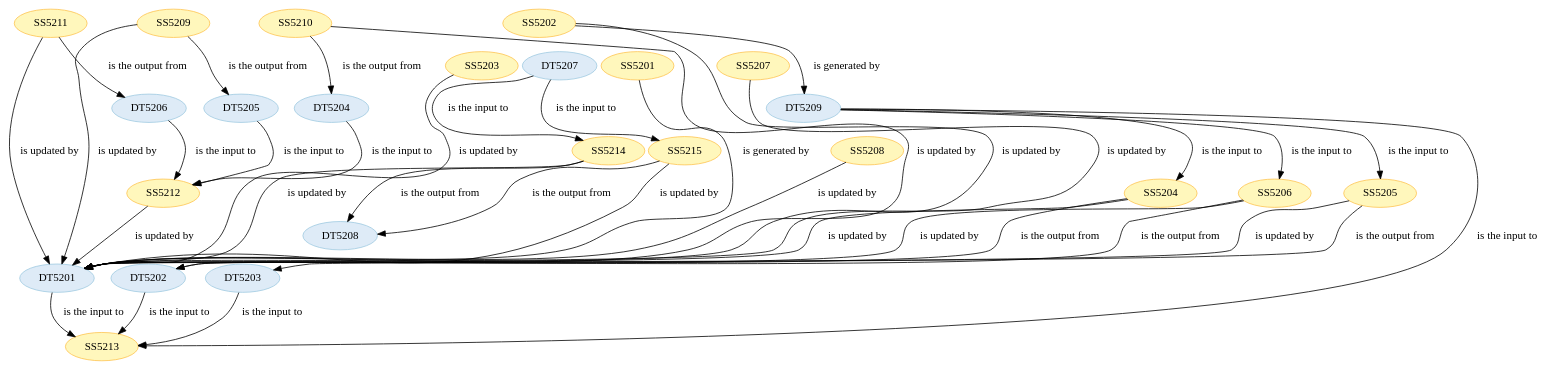
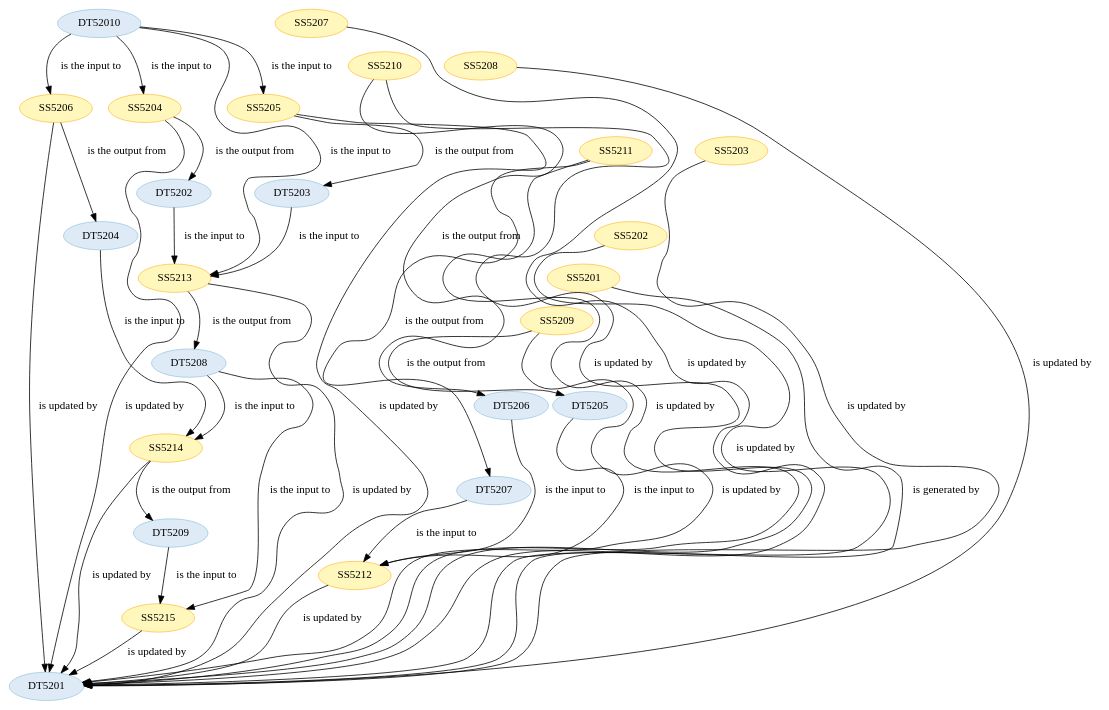
One commit to Marco-Salvi/cwl-test changed the diagram in wf5201/ST520101.dot. Above: the diagram before and after it, drawn with Graphviz. The commit also changed 24 other files, not shown here.

```diff
--- a/wf5201/ST520101.dot
+++ b/wf5201/ST520101.dot
@@ -1,122 +1,126 @@
 strict digraph {
 
+
+	"DT5204" [ color="2", colorscheme="blues3", fillcolor="1", style="filled",  weight=0 ];
+
+	"DT5204" -> "SS5214" [ label="is the input to", labeltooltip="DT5204 - is the input to - SS5214",  weight=0 ];
+
+	"SS5214" [ color="2", colorscheme="ylorbr3", fillcolor="1", style="filled",  weight=0 ];
+
+	"SS5214" -> "DT5201" [ label="is updated by", labeltooltip="DT5201 - is updated by - SS5214",  weight=0 ];
+
+	"SS5214" -> "DT5209" [ label="is the output from", labeltooltip="DT5209 - is the output from - SS5214",  weight=0 ];
+
+	"DT52010" [ color="2", colorscheme="blues3", fillcolor="1", style="filled",  weight=0 ];
+
+	"DT52010" -> "SS5204" [ label="is the input to", labeltooltip="DT52010 - is the input to - SS5204",  weight=0 ];
+
+	"DT52010" -> "SS5205" [ label="is the input to", labeltooltip="DT52010 - is the input to - SS5205",  weight=0 ];
+
+	"DT52010" -> "SS5206" [ label="is the input to", labeltooltip="DT52010 - is the input to - SS5206",  weight=0 ];
+
+	"DT52010" -> "SS5213" [ label="is the input to", labeltooltip="DT52010 - is the input to - SS5213",  weight=0 ];
+
+	"DT5206" [ color="2", colorscheme="blues3", fillcolor="1", style="filled",  weight=0 ];
+
+	"DT5206" -> "SS5212" [ label="is the input to", labeltooltip="DT5206 - is the input to - SS5212",  weight=0 ];
+
+	"DT5201" [ color="2", colorscheme="blues3", fillcolor="1", style="filled",  weight=0 ];
+
+	"DT5207" [ color="2", colorscheme="blues3", fillcolor="1", style="filled",  weight=0 ];
+
+	"DT5207" -> "SS5212" [ label="is the input to", labeltooltip="DT5207 - is the input to - SS5212",  weight=0 ];
+
+	"SS5207" [ color="2", colorscheme="ylorbr3", fillcolor="1", style="filled",  weight=0 ];
+
+	"SS5207" -> "DT5201" [ label="is updated by", labeltooltip="DT5201 - is updated by - SS5207",  weight=0 ];
+
+	"SS5213" [ color="2", colorscheme="ylorbr3", fillcolor="1", style="filled",  weight=0 ];
+
+	"SS5213" -> "DT5208" [ label="is the output from", labeltooltip="DT5208 - is the output from - SS5213",  weight=0 ];
+
+	"SS5213" -> "DT5201" [ label="is updated by", labeltooltip="DT5201 - is updated by - SS5213",  weight=0 ];
+
+	"SS5208" [ color="2", colorscheme="ylorbr3", fillcolor="1", style="filled",  weight=0 ];
+
+	"SS5208" -> "DT5201" [ label="is updated by", labeltooltip="DT5201 - is updated by - SS5208",  weight=0 ];
+
+	"SS5215" [ color="2", colorscheme="ylorbr3", fillcolor="1", style="filled",  weight=0 ];
+
+	"SS5215" -> "DT5201" [ label="is updated by", labeltooltip="DT5201 - is updated by - SS5215",  weight=0 ];
+
+	"SS5205" [ color="2", colorscheme="ylorbr3", fillcolor="1", style="filled",  weight=0 ];
+
+	"SS5205" -> "DT5203" [ label="is the output from", labeltooltip="DT5203 - is the output from - SS5205",  weight=0 ];
+
+	"SS5205" -> "DT5201" [ label="is updated by", labeltooltip="DT5201 - is updated by - SS5205",  weight=0 ];
+
+	"SS5206" [ color="2", colorscheme="ylorbr3", fillcolor="1", style="filled",  weight=0 ];
+
+	"SS5206" -> "DT5204" [ label="is the output from", labeltooltip="DT5204 - is the output from - SS5206",  weight=0 ];
+
+	"SS5206" -> "DT5201" [ label="is updated by", labeltooltip="DT5201 - is updated by - SS5206",  weight=0 ];
+
+	"DT5209" [ color="2", colorscheme="blues3", fillcolor="1", style="filled",  weight=0 ];
+
+	"DT5209" -> "SS5215" [ label="is the input to", labeltooltip="DT5209 - is the input to - SS5215",  weight=0 ];
+
+	"SS5204" [ color="2", colorscheme="ylorbr3", fillcolor="1", style="filled",  weight=0 ];
+
+	"SS5204" -> "DT5202" [ label="is the output from", labeltooltip="DT5202 - is the output from - SS5204",  weight=0 ];
+
+	"SS5204" -> "DT5201" [ label="is updated by", labeltooltip="DT5201 - is updated by - SS5204",  weight=0 ];
+
+	"SS5203" [ color="2", colorscheme="ylorbr3", fillcolor="1", style="filled",  weight=0 ];
+
+	"SS5203" -> "DT5201" [ label="is updated by", labeltooltip="DT5201 - is updated by - SS5203",  weight=0 ];
 
 	"SS5202" [ color="2", colorscheme="ylorbr3", fillcolor="1", style="filled",  weight=0 ];
 
 	"SS5202" -> "DT5201" [ label="is updated by", labeltooltip="DT5201 - is updated by - SS5202",  weight=0 ];
 
-	"SS5202" -> "DT5209" [ label="is generated by", labeltooltip="DT5209 - is generated by - SS5202",  weight=0 ];
+	"SS5212" [ color="2", colorscheme="ylorbr3", fillcolor="1", style="filled",  weight=0 ];
 
-	"SS5206" [ color="2", colorscheme="ylorbr3", fillcolor="1", style="filled",  weight=0 ];
+	"SS5212" -> "DT5201" [ label="is updated by", labeltooltip="DT5201 - is updated by - SS5212",  weight=0 ];
 
-	"SS5206" -> "DT5201" [ label="is updated by", labeltooltip="DT5201 - is updated by - SS5206",  weight=0 ];
+	"DT5203" [ color="2", colorscheme="blues3", fillcolor="1", style="filled",  weight=0 ];
 
-	"SS5206" -> "DT5202" [ label="is the output from", labeltooltip="DT5202 - is the output from - SS5206",  weight=0 ];
+	"DT5203" -> "SS5213" [ label="is the input to", labeltooltip="DT5203 - is the input to - SS5213",  weight=0 ];
 
-	"DT5201" [ color="2", colorscheme="blues3", fillcolor="1", style="filled",  weight=0 ];
+	"DT5205" [ color="2", colorscheme="blues3", fillcolor="1", style="filled",  weight=0 ];
 
-	"DT5201" -> "SS5213" [ label="is the input to", labeltooltip="DT5201 - is the input to - SS5213",  weight=0 ];
-
-	"SS5210" [ color="2", colorscheme="ylorbr3", fillcolor="1", style="filled",  weight=0 ];
-
-	"SS5210" -> "DT5204" [ label="is the output from", labeltooltip="DT5204 - is the output from - SS5210",  weight=0 ];
-
-	"SS5210" -> "DT5201" [ label="is updated by", labeltooltip="DT5201 - is updated by - SS5210",  weight=0 ];
-
-	"SS5211" [ color="2", colorscheme="ylorbr3", fillcolor="1", style="filled",  weight=0 ];
-
-	"SS5211" -> "DT5201" [ label="is updated by", labeltooltip="DT5201 - is updated by - SS5211",  weight=0 ];
-
-	"SS5211" -> "DT5206" [ label="is the output from", labeltooltip="DT5206 - is the output from - SS5211",  weight=0 ];
-
-	"DT5204" [ color="2", colorscheme="blues3", fillcolor="1", style="filled",  weight=0 ];
-
-	"DT5204" -> "SS5212" [ label="is the input to", labeltooltip="DT5204 - is the input to - SS5212",  weight=0 ];
-
-	"SS5208" [ color="2", colorscheme="ylorbr3", fillcolor="1", style="filled",  weight=0 ];
-
-	"SS5208" -> "DT5201" [ label="is updated by", labeltooltip="DT5201 - is updated by - SS5208",  weight=0 ];
-
-	"DT5207" [ color="2", colorscheme="blues3", fillcolor="1", style="filled",  weight=0 ];
-
-	"DT5207" -> "SS5215" [ label="is the input to", labeltooltip="DT5207 - is the input to - SS5215",  weight=0 ];
-
-	"DT5207" -> "SS5214" [ label="is the input to", labeltooltip="DT5207 - is the input to - SS5214",  weight=0 ];
-
-	"SS5203" [ color="2", colorscheme="ylorbr3", fillcolor="1", style="filled",  weight=0 ];
-
-	"SS5203" -> "DT5201" [ label="is updated by", labeltooltip="DT5201 - is updated by - SS5203",  weight=0 ];
-
-	"DT5202" [ color="2", colorscheme="blues3", fillcolor="1", style="filled",  weight=0 ];
-
-	"DT5202" -> "SS5213" [ label="is the input to", labeltooltip="DT5202 - is the input to - SS5213",  weight=0 ];
-
-	"DT5208" [ color="2", colorscheme="blues3", fillcolor="1", style="filled",  weight=0 ];
+	"DT5205" -> "SS5212" [ label="is the input to", labeltooltip="DT5205 - is the input to - SS5212",  weight=0 ];
 
 	"SS5201" [ color="2", colorscheme="ylorbr3", fillcolor="1", style="filled",  weight=0 ];
 
 	"SS5201" -> "DT5201" [ label="is generated by", labeltooltip="DT5201 - is generated by - SS5201",  weight=0 ];
+
+	"DT5208" [ color="2", colorscheme="blues3", fillcolor="1", style="filled",  weight=0 ];
+
+	"DT5208" -> "SS5214" [ label="is the input to", labeltooltip="DT5208 - is the input to - SS5214",  weight=0 ];
+
+	"DT5208" -> "SS5215" [ label="is the input to", labeltooltip="DT5208 - is the input to - SS5215",  weight=0 ];
+
+	"SS5210" [ color="2", colorscheme="ylorbr3", fillcolor="1", style="filled",  weight=0 ];
+
+	"SS5210" -> "DT5201" [ label="is updated by", labeltooltip="DT5201 - is updated by - SS5210",  weight=0 ];
+
+	"SS5210" -> "DT5206" [ label="is the output from", labeltooltip="DT5206 - is the output from - SS5210",  weight=0 ];
 
 	"SS5209" [ color="2", colorscheme="ylorbr3", fillcolor="1", style="filled",  weight=0 ];
 
 	"SS5209" -> "DT5201" [ label="is updated by", labeltooltip="DT5201 - is updated by - SS5209",  weight=0 ];
 
 	"SS5209" -> "DT5205" [ label="is the output from", labeltooltip="DT5205 - is the output from - SS5209",  weight=0 ];
 
-	"SS5213" [ color="2", colorscheme="ylorbr3", fillcolor="1", style="filled",  weight=0 ];
+	"SS5211" [ color="2", colorscheme="ylorbr3", fillcolor="1", style="filled",  weight=0 ];
 
-	"DT5206" [ color="2", colorscheme="blues3", fillcolor="1", style="filled",  weight=0 ];
+	"SS5211" -> "DT5201" [ label="is updated by", labeltooltip="DT5201 - is updated by - SS5211",  weight=0 ];
 
-	"DT5206" -> "SS5212" [ label="is the input to", labeltooltip="DT5206 - is the input to - SS5212",  weight=0 ];
+	"SS5211" -> "DT5207" [ label="is the output from", labeltooltip="DT5207 - is the output from - SS5211",  weight=0 ];
 
-	"SS5205" [ color="2", colorscheme="ylorbr3", fillcolor="1", style="filled",  weight=0 ];
+	"DT5202" [ color="2", colorscheme="blues3", fillcolor="1", style="filled",  weight=0 ];
 
-	"SS5205" -> "DT5201" [ label="is updated by", labeltooltip="DT5201 - is updated by - SS5205",  weight=0 ];
-
-	"SS5205" -> "DT5203" [ label="is the output from", labeltooltip="DT5203 - is the output from - SS5205",  weight=0 ];
-
-	"SS5214" [ color="2", colorscheme="ylorbr3", fillcolor="1", style="filled",  weight=0 ];
-
-	"SS5214" -> "DT5201" [ label="is updated by", labeltooltip="DT5201 - is updated by - SS5214",  weight=0 ];
-
-	"SS5214" -> "DT5208" [ label="is the output from", labeltooltip="DT5208 - is the output from - SS5214",  weight=0 ];
-
-	"SS5204" [ color="2", colorscheme="ylorbr3", fillcolor="1", style="filled",  weight=0 ];
-
-	"SS5204" -> "DT5201" [ label="is updated by", labeltooltip="DT5201 - is updated by - SS5204",  weight=0 ];
-
-	"SS5204" -> "DT5202" [ label="is the output from", labeltooltip="DT5202 - is the output from - SS5204",  weight=0 ];
-
-	"DT5205" [ color="2", colorscheme="blues3", fillcolor="1", style="filled",  weight=0 ];
-
-	"DT5205" -> "SS5212" [ label="is the input to", labeltooltip="DT5205 - is the input to - SS5212",  weight=0 ];
-
-	"SS5207" [ color="2", colorscheme="ylorbr3", fillcolor="1", style="filled",  weight=0 ];
-
-	"SS5207" -> "DT5201" [ label="is updated by", labeltooltip="DT5201 - is updated by - SS5207",  weight=0 ];
-
-	"SS5215" [ color="2", colorscheme="ylorbr3", fillcolor="1", style="filled",  weight=0 ];
-
-	"SS5215" -> "DT5201" [ label="is updated by", labeltooltip="DT5201 - is updated by - SS5215",  weight=0 ];
-
-	"SS5215" -> "DT5208" [ label="is the output from", labeltooltip="DT5208 - is the output from - SS5215",  weight=0 ];
-
-	"DT5209" [ color="2", colorscheme="blues3", fillcolor="1", style="filled",  weight=0 ];
-
-	"DT5209" -> "SS5206" [ label="is the input to", labeltooltip="DT5209 - is the input to - SS5206",  weight=0 ];
-
-	"DT5209" -> "SS5213" [ label="is the input to", labeltooltip="DT5209 - is the input to - SS5213",  weight=0 ];
-
-	"DT5209" -> "SS5204" [ label="is the input to", labeltooltip="DT5209 - is the input to - SS5204",  weight=0 ];
-
-	"DT5209" -> "SS5205" [ label="is the input to", labeltooltip="DT5209 - is the input to - SS5205",  weight=0 ];
-
-	"DT5203" [ color="2", colorscheme="blues3", fillcolor="1", style="filled",  weight=0 ];
-
-	"DT5203" -> "SS5213" [ label="is the input to", labeltooltip="DT5203 - is the input to - SS5213",  weight=0 ];
-
-	"SS5212" [ color="2", colorscheme="ylorbr3", fillcolor="1", style="filled",  weight=0 ];
-
-	"SS5212" -> "DT5201" [ label="is updated by", labeltooltip="DT5201 - is updated by - SS5212",  weight=0 ];
+	"DT5202" -> "SS5213" [ label="is the input to", labeltooltip="DT5202 - is the input to - SS5213",  weight=0 ];
 
 }
```
